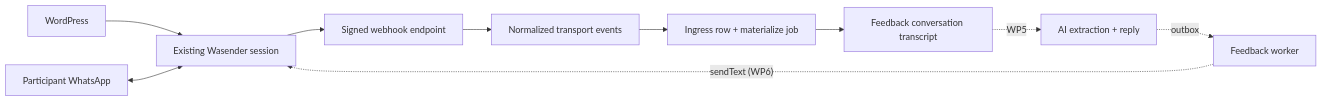
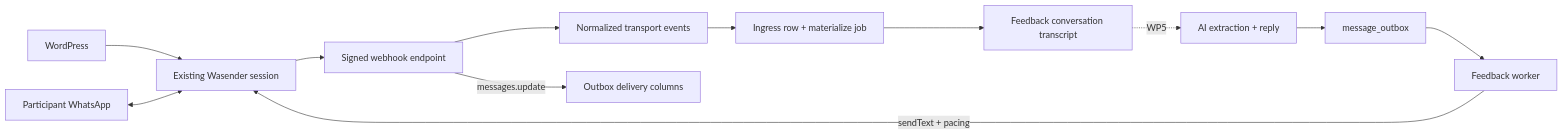
One commit to johnakisk0700/slopform changed the diagram in docs/backend/mechanisms/wasender.md. Above: the diagram before and after it, drawn with Mermaid. The commit also changed other lines of this file and 38 other files, not shown here.

First line of the commit message:
feat(backend): relay message_outbox with paced transport

````diff
--- a/docs/backend/mechanisms/wasender.md
+++ b/docs/backend/mechanisms/wasender.md
@@ -80,12 +84,14 @@
 ```mermaid
 flowchart LR
   WP["WordPress"] --> Wasender["Existing Wasender session"]
   Participant["Participant WhatsApp"] <--> Wasender
-  Worker["Feedback worker"] -. "sendText (WP6)" .-> Wasender
+  Worker["Feedback worker"] -->|"sendText + pacing"| Wasender
   Wasender --> Hook["Signed webhook endpoint"]
   Hook --> Normalized["Normalized transport events"]
   Normalized --> Store["Ingress row + materialize job"]
   Store --> Conversation["Feedback conversation transcript"]
   Conversation -. "WP5" .-> AI["AI extraction + reply"]
-  AI -. "outbox" .-> Worker
+  AI --> Outbox["message_outbox"]
+  Outbox --> Worker
+  Hook -->|"messages.update"| Delivery["Outbox delivery columns"]
 ```
````
